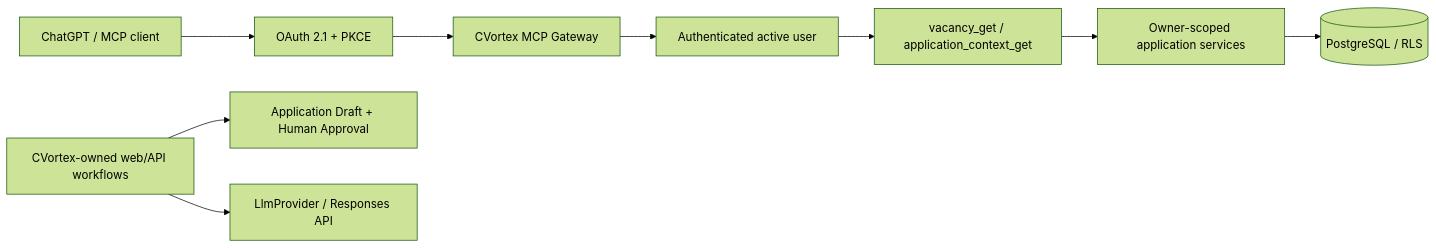
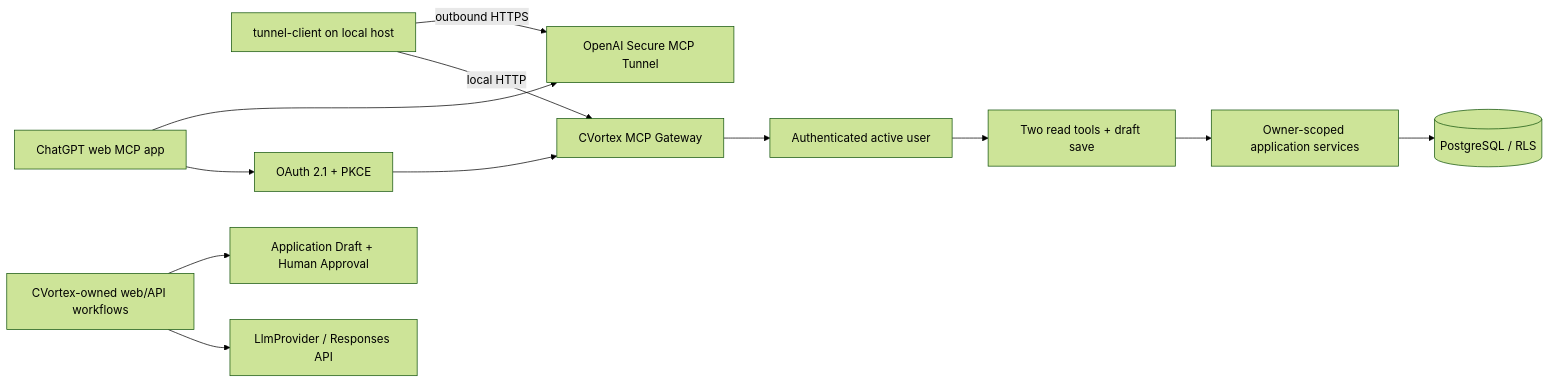
One commit to filatelist-hitech/CVortex changed the first of 2 diagrams in docs/02-Architecture/MCP-Gateway.md. Above: the diagram before and after it, drawn with Mermaid (forest theme). The commit also changed other lines of this file and 95 other files, not shown here.

First line of the commit message:
feat(chatgpt): add local plan chat and draft-save integration

````diff
--- a/docs/02-Architecture/MCP-Gateway.md
+++ b/docs/02-Architecture/MCP-Gateway.md
@@ -22,11 +23,14 @@
 ```mermaid
 flowchart LR
-    Client[ChatGPT / MCP client] --> OAuth[OAuth 2.1 + PKCE]
-    OAuth --> Gateway[CVortex MCP Gateway]
+    Client[ChatGPT web MCP app] --> Tunnel[OpenAI Secure MCP Tunnel]
+    TunnelClient[tunnel-client on local host] -->|outbound HTTPS| Tunnel
+    TunnelClient -->|local HTTP| Gateway[CVortex MCP Gateway]
+    Client --> OAuth[OAuth 2.1 + PKCE]
+    OAuth --> Gateway
     Gateway --> Auth[Authenticated active user]
-    Auth --> Tools[vacancy_get / application_context_get]
+    Auth --> Tools[Two read tools + draft save]
     Tools --> Adapter[Owner-scoped application services]
     Adapter --> RLS[(PostgreSQL / RLS)]
     CV[CVortex-owned web/API workflows] --> Draft[Application Draft + Human Approval]
     CV --> LLM[LlmProvider / Responses API]
 ```
````
